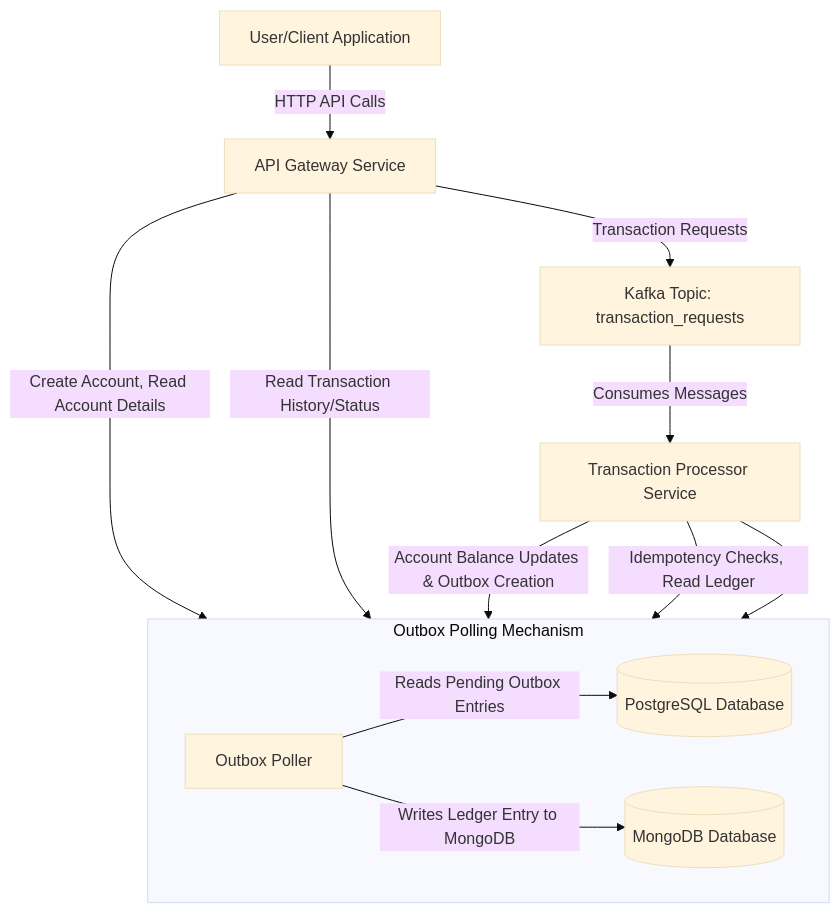
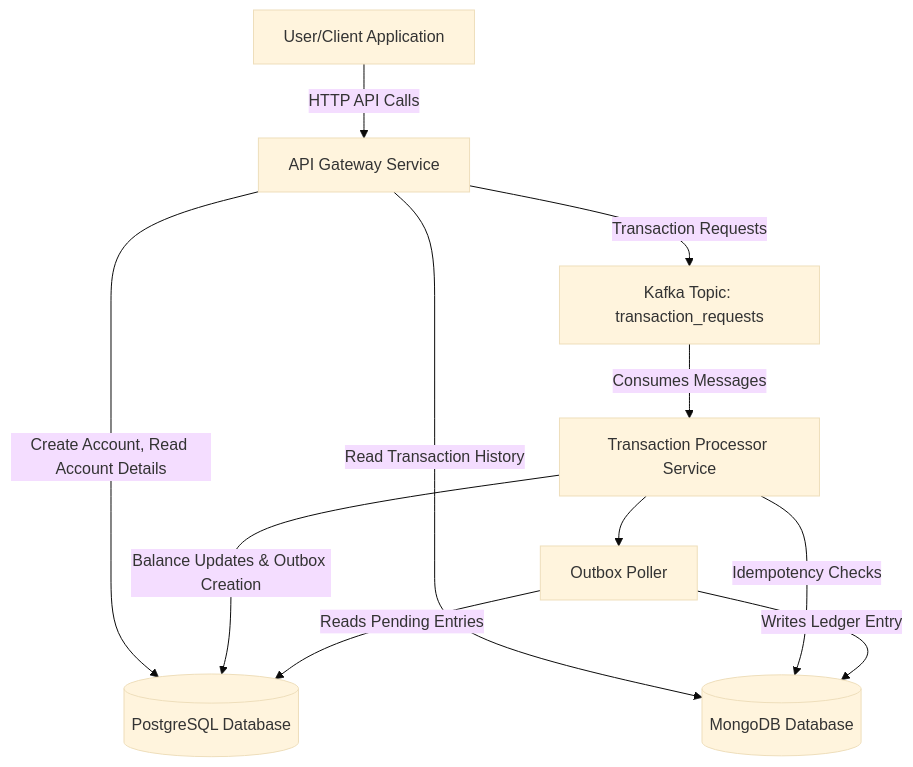
Before and after one commit to bentalebwael/innoscripta-banking-ledger: the diagram in README.md, drawn with Mermaid (base theme).

````diff
--- a/README.md
+++ b/README.md
@@ -46,21 +46,20 @@
 ```mermaid
 graph TD
+    %% Main application flow
     User[User/Client Application] -->|HTTP API Calls| APIGateway[API Gateway Service]
-
+    APIGateway -->|Transaction Requests| Kafka[Kafka Topic: transaction_requests]
+    Kafka -->|Consumes Messages| TransactionProcessor[Transaction Processor Service]
+    
+    %% Database connections
     APIGateway -->|Create Account, Read Account Details| PostgreSQL[(PostgreSQL Database)]
-    APIGateway -->|Read Transaction History/Status| MongoDB[(MongoDB Database)]
-    APIGateway -->|Transaction Requests| Kafka[Kafka Topic: transaction_requests]
-
-    Kafka -->|Consumes Messages| TransactionProcessor[Transaction Processor Service]
-
-    TransactionProcessor -->|Account Balance Updates & Outbox Creation| PostgreSQL
-    TransactionProcessor -->|Idempotency Checks, Read Ledger| MongoDB
-
-    subgraph "Outbox Polling Mechanism"
-        direction LR
-        OutboxPoller[Outbox Poller] -->|Reads Pending Outbox Entries| PostgreSQL
-        OutboxPoller -->|Writes Ledger Entry to MongoDB| MongoDB
-    end
-
-    TransactionProcessor --> OutboxPoller
+    APIGateway -->|Read Transaction History| MongoDB[(MongoDB Database)]
+    
+    %% Transaction Processor connections
+    TransactionProcessor -->|Balance Updates & Outbox Creation| PostgreSQL
+    TransactionProcessor -->|Idempotency Checks| MongoDB
+    TransactionProcessor --> OutboxPoller[Outbox Poller]
+    
+    %% Outbox Poller connections - centralized
+    OutboxPoller -->|Reads Pending Entries| PostgreSQL
+    OutboxPoller -->|Writes Ledger Entry| MongoDB
 ```
````
